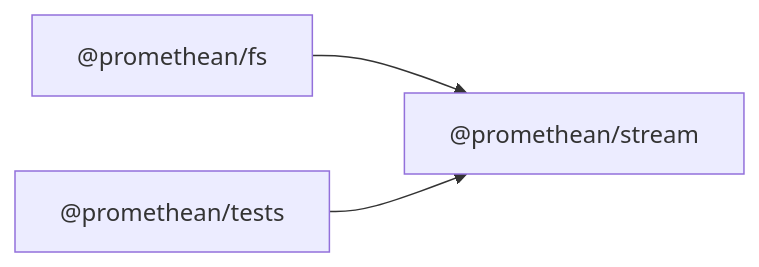
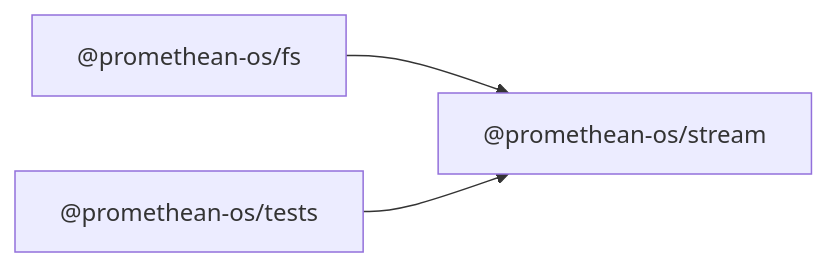
One commit to octave-commons/promethean changed the diagram in docs/packages/stream/README.md. Above: the diagram before and after it, drawn with Mermaid. The commit also changed other lines of this file and 1753 other files, not shown here.

````diff
--- a/docs/packages/stream/README.md
+++ b/docs/packages/stream/README.md
@@ -14,10 +14,10 @@
 ```mermaid
 graph LR
-  A["@promethean/stream"]
-  R1["@promethean/fs"]
-  R2["@promethean/tests"]
-  R1["@promethean/fs"] --> A
-  R2["@promethean/tests"] --> A
-  click R1 "../fs/README.md" "@promethean/fs"
-  click R2 "../tests/README.md" "@promethean/tests"
+  A["@promethean-os/stream"]
+  R1["@promethean-os/fs"]
+  R2["@promethean-os/tests"]
+  R1["@promethean-os/fs"] --> A
+  R2["@promethean-os/tests"] --> A
+  click R1 "../fs/README.md" "@promethean-os/fs"
+  click R2 "../tests/README.md" "@promethean-os/tests"
 ```
````
